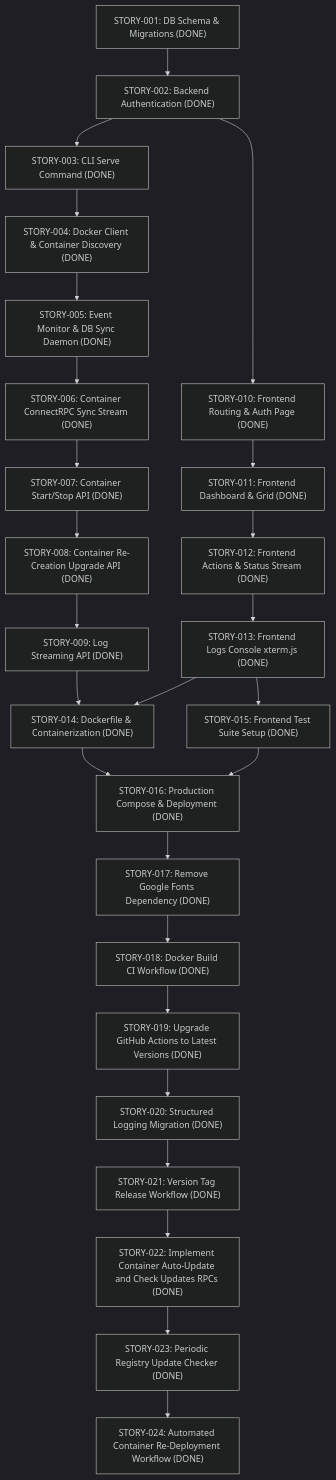
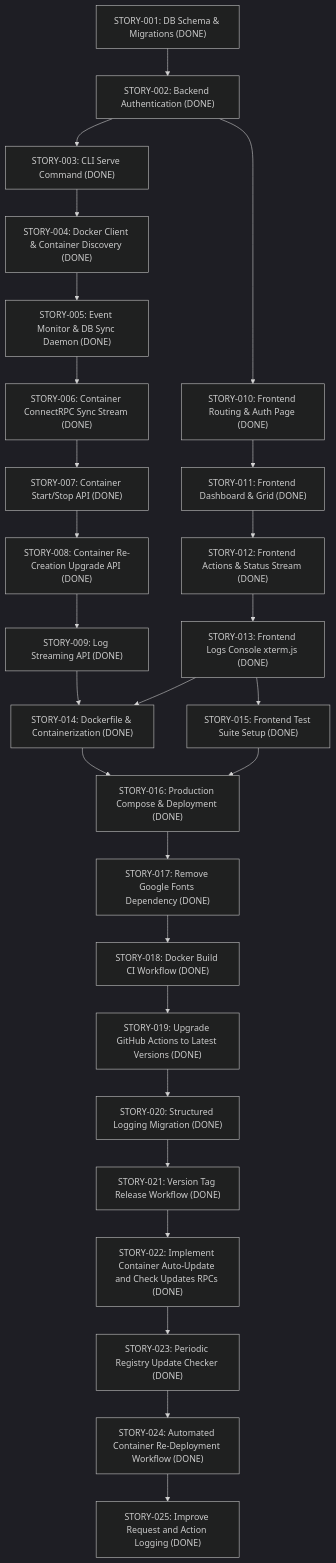
Before and after one commit to noosxe/dmanager: the diagram in docs/stories.md, drawn with Mermaid (dark theme). The commit also changed other lines of this file and 4 other files, not shown here.

````diff
--- a/docs/stories.md
+++ b/docs/stories.md
@@ -5,28 +5,29 @@
 ```mermaid
 graph TD
     S1["STORY-001: DB Schema & Migrations (DONE)"] --> S2["STORY-002: Backend Authentication (DONE)"]
     S2 --> S3["STORY-003: CLI Serve Command (DONE)"]
     S3 --> S4["STORY-004: Docker Client & Container Discovery (DONE)"]
     S4 --> S5["STORY-005: Event Monitor & DB Sync Daemon (DONE)"]
     S5 --> S6["STORY-006: Container ConnectRPC Sync Stream (DONE)"]
     S6 --> S7["STORY-007: Container Start/Stop API (DONE)"]
     S7 --> S8["STORY-008: Container Re-Creation Upgrade API (DONE)"]
     S8 --> S9["STORY-009: Log Streaming API (DONE)"]
     S2 --> F1["STORY-010: Frontend Routing & Auth Page (DONE)"]
     F1 --> F2["STORY-011: Frontend Dashboard & Grid (DONE)"]
     F2 --> F3["STORY-012: Frontend Actions & Status Stream (DONE)"]
     F3 --> F4["STORY-013: Frontend Logs Console xterm.js (DONE)"]
     S9 --> S14["STORY-014: Dockerfile & Containerization (DONE)"]
     F4 --> S14
     F4 --> F5["STORY-015: Frontend Test Suite Setup (DONE)"]
     S14 --> S16["STORY-016: Production Compose & Deployment (DONE)"]
     F5 --> S16
     S16 --> F17["STORY-017: Remove Google Fonts Dependency (DONE)"]
     F17 --> S18["STORY-018: Docker Build CI Workflow (DONE)"]
     S18 --> S19["STORY-019: Upgrade GitHub Actions to Latest Versions (DONE)"]
     S19 --> S20["STORY-020: Structured Logging Migration (DONE)"]
     S20 --> S21["STORY-021: Version Tag Release Workflow (DONE)"]
     S21 --> S22["STORY-022: Implement Container Auto-Update and Check Updates RPCs (DONE)"]
     S22 --> S23["STORY-023: Periodic Registry Update Checker (DONE)"]
     S23 --> S24["STORY-024: Automated Container Re-Deployment Workflow (DONE)"]
+    S24 --> S25["STORY-025: Improve Request and Action Logging (DONE)"]
 ```
````
